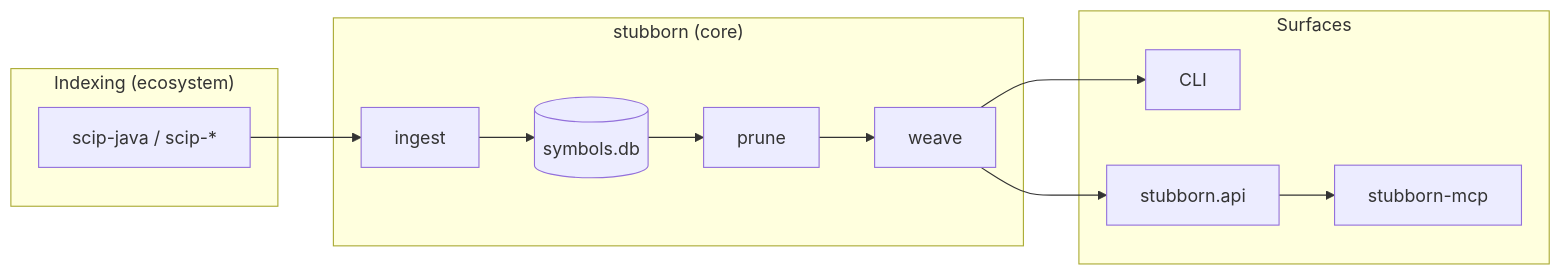
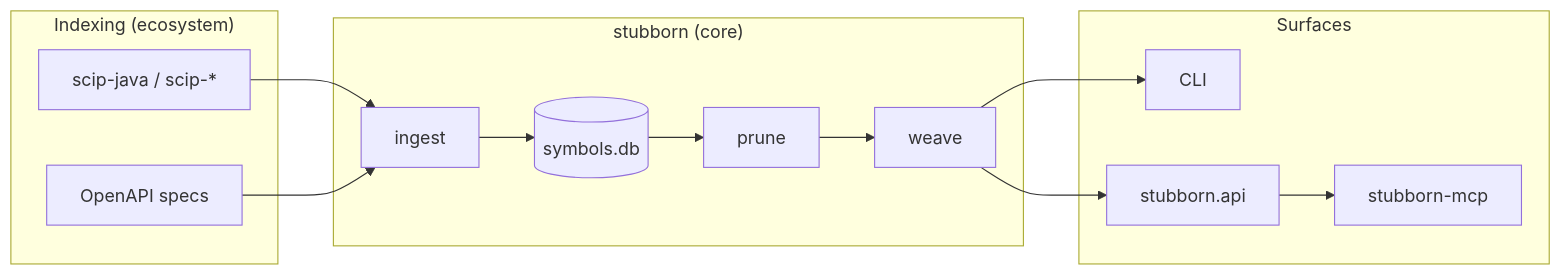
The diagram in README.md (stubborn-ai/stubborn-hub), drawn with Mermaid before and after one commit. The commit also changed other lines of this file and 5 other files, not shown here.

````diff
--- a/README.md
+++ b/README.md
@@ -25,25 +25,27 @@
 ```mermaid
 flowchart LR
   subgraph index["Indexing (ecosystem)"]
     SCIP["scip-java / scip-*"]
+    OPENAPI["OpenAPI specs"]
   end
 
   subgraph core["stubborn (core)"]
     ING["ingest"]
     DB[(symbols.db)]
     PRU["prune"]
     WEA["weave"]
     ING --> DB --> PRU --> WEA
   end
 
   subgraph surface["Surfaces"]
     CLI["CLI"]
     API["stubborn.api"]
     MCP["stubborn-mcp"]
   end
 
   SCIP --> ING
+  OPENAPI --> ING
   WEA --> CLI
   WEA --> API
   API --> MCP
 ```
````
